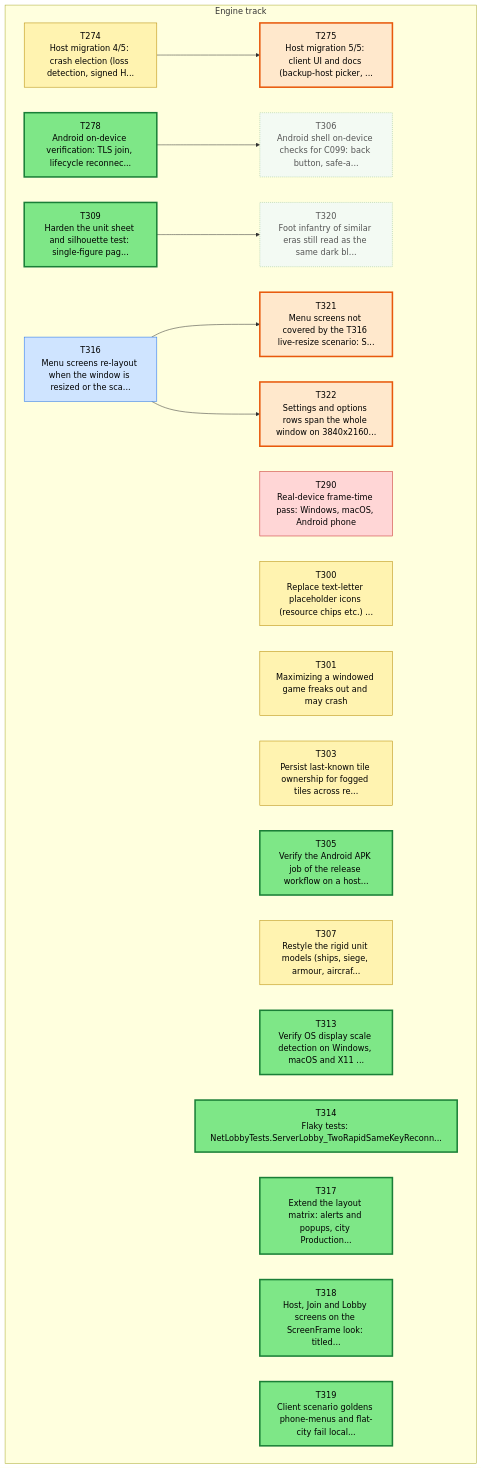
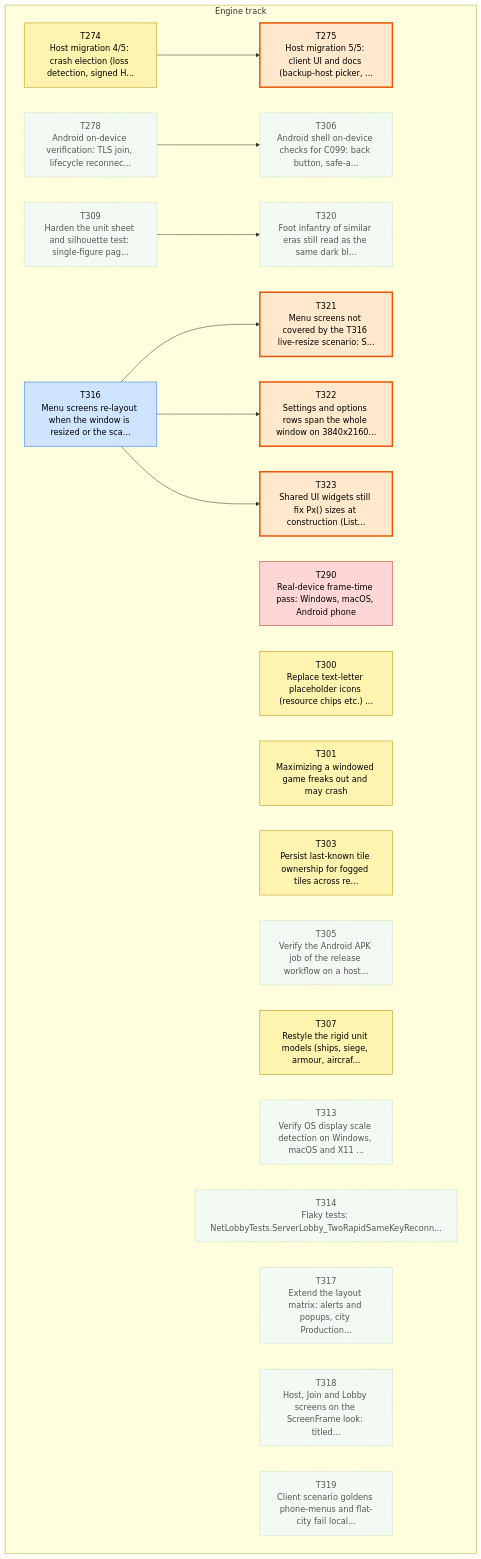
The first of 3 diagrams in csharp/migration/DEPENDENCY_MAP.md (Kenmura/Unciv), drawn with Mermaid before and after one commit. The commit also changed other lines of this file and 3 other files, not shown here.

````diff
--- a/csharp/migration/DEPENDENCY_MAP.md
+++ b/csharp/migration/DEPENDENCY_MAP.md
@@ -35,57 +35,60 @@
 ```mermaid
 flowchart TD
   subgraph TTRACK["Engine track"]
     T274["T274<br/>Host migration 4/5: crash election (loss detection, signed H..."]
     T275["T275<br/>Host migration 5/5: client UI and docs (backup-host picker, ..."]
     T278["T278<br/>Android on-device verification: TLS join, lifecycle reconnec..."]
     T290["T290<br/>Real-device frame-time pass: Windows, macOS, Android phone"]
     T300["T300<br/>Replace text-letter placeholder icons (resource chips etc.) ..."]
     T301["T301<br/>Maximizing a windowed game freaks out and may crash"]
     T303["T303<br/>Persist last-known tile ownership for fogged tiles across re..."]
     T305["T305<br/>Verify the Android APK job of the release workflow on a host..."]
     T306["T306<br/>Android shell on-device checks for C099: back button, safe-a..."]
     T307["T307<br/>Restyle the rigid unit models (ships, siege, armour, aircraf..."]
     T309["T309<br/>Harden the unit sheet and silhouette test: single-figure pag..."]
     T313["T313<br/>Verify OS display scale detection on Windows, macOS and X11 ..."]
     T314["T314<br/>Flaky tests: NetLobbyTests.ServerLobby_TwoRapidSameKeyReconn..."]
     T316["T316<br/>Menu screens re-layout when the window is resized or the sca..."]
     T317["T317<br/>Extend the layout matrix: alerts and popups, city Production..."]
     T318["T318<br/>Host, Join and Lobby screens on the ScreenFrame look: titled..."]
     T319["T319<br/>Client scenario goldens phone-menus and flat-city fail local..."]
     T320["T320<br/>Foot infantry of similar eras still read as the same dark bl..."]
     T321["T321<br/>Menu screens not covered by the T316 live-resize scenario: S..."]
     T322["T322<br/>Settings and options rows span the whole window on 3840x2160..."]
+    T323["T323<br/>Shared UI widgets still fix Px() sizes at construction (List..."]
   end
   T274 --> T275
   T278 --> T306
   T309 --> T320
   T316 --> T321
   T316 --> T322
+  T316 --> T323
   classDef waiting fill:#f3faf3,stroke:#9bc49b,color:#555,stroke-dasharray:2 2
   classDef ondeck fill:#ffe8cc,stroke:#e8590c,stroke-width:3px,color:#000
   classDef ready fill:#7ee787,stroke:#1a7f37,stroke-width:3px,color:#000
   classDef prog fill:#fff3b0,stroke:#b58900,color:#000
   classDef review fill:#cfe4ff,stroke:#1f6feb,color:#000
   classDef blocked fill:#ffd6d6,stroke:#c62828,color:#000
   classDef done fill:#eeeeee,stroke:#999999,color:#666,stroke-dasharray:4 3
   class T274 prog
   class T275 ondeck
-  class T278 ready
+  class T278 waiting
   class T290 blocked
   class T300 prog
   class T301 prog
   class T303 prog
-  class T305 ready
+  class T305 waiting
   class T306 waiting
   class T307 prog
-  class T309 ready
-  class T313 ready
-  class T314 ready
+  class T309 waiting
+  class T313 waiting
+  class T314 waiting
   class T316 review
-  class T317 ready
-  class T318 ready
-  class T319 ready
+  class T317 waiting
+  class T318 waiting
+  class T319 waiting
   class T320 waiting
   class T321 ondeck
   class T322 ondeck
+  class T323 ondeck
 ```
````
